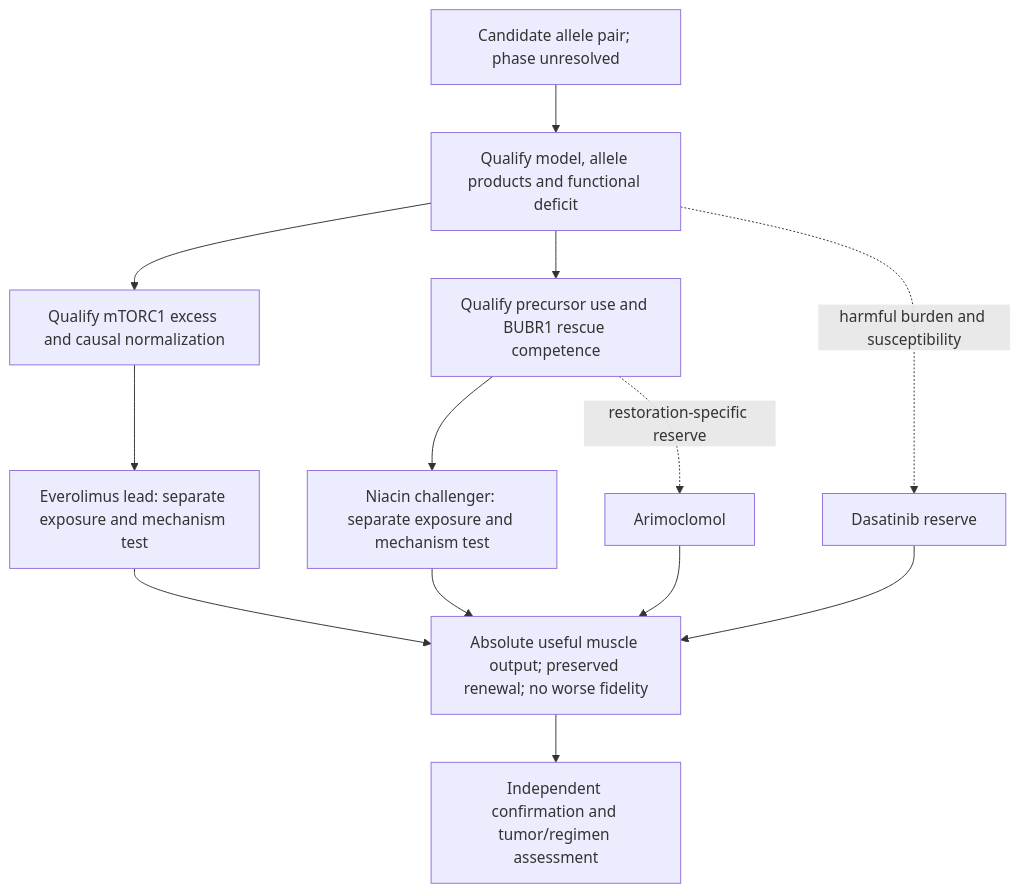
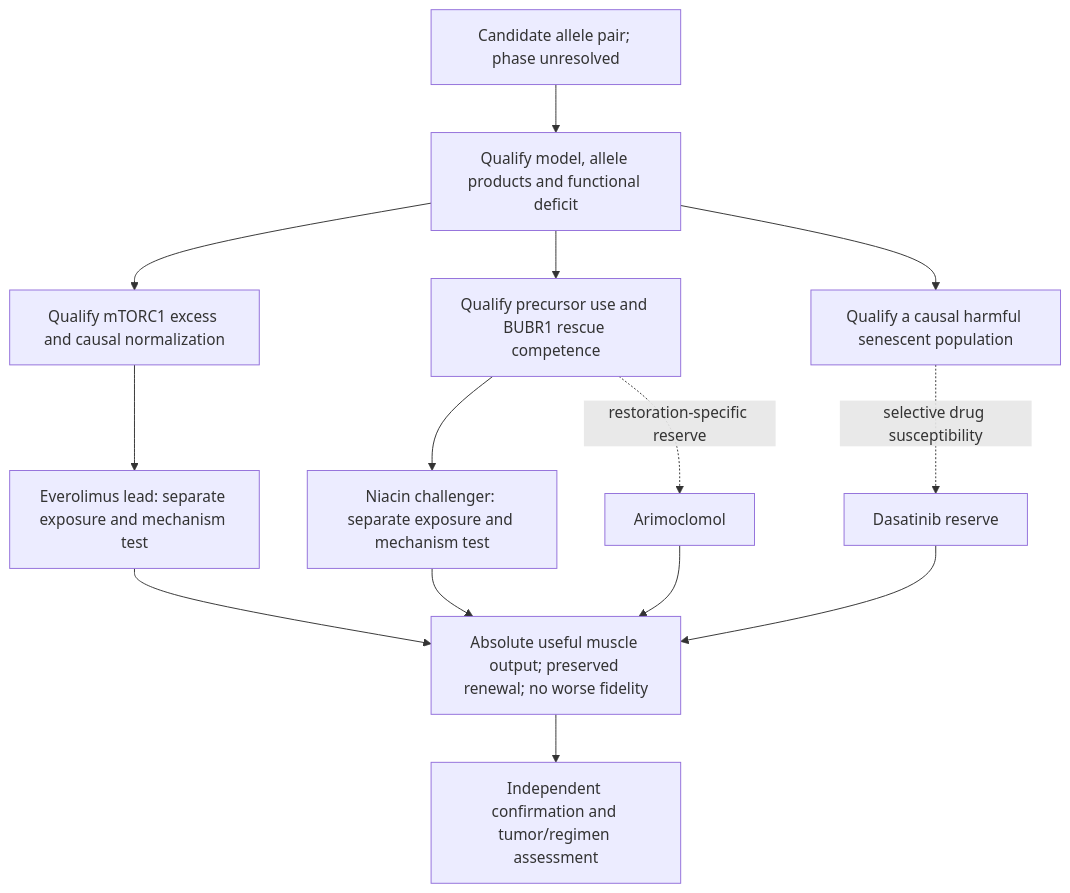
The diagram in reports/appendices/track2-evidence-pipeline.md (EternaPeptix/mva-hackathon), drawn with Mermaid before and after one commit. The commit also changed other lines of this file and 10 other files, not shown here.

````diff
--- a/reports/appendices/track2-evidence-pipeline.md
+++ b/reports/appendices/track2-evidence-pipeline.md
@@ -52,15 +54,16 @@
 ```mermaid
 flowchart TD
     G[Candidate allele pair; phase unresolved] --> A[Qualify model, allele products and functional deficit]
     A --> M[Qualify mTORC1 excess and causal normalization]
     A --> R[Qualify precursor use and BUBR1 rescue competence]
+    A --> Q[Qualify a causal harmful senescent population]
     M --> E[Everolimus lead: separate exposure and mechanism test]
     R --> N[Niacin challenger: separate exposure and mechanism test]
     E --> F[Absolute useful muscle output; preserved renewal; no worse fidelity]
     N --> F
     F --> C[Independent confirmation and tumor/regimen assessment]
     R -. restoration-specific reserve .-> H[Arimoclomol]
-    A -. harmful burden and susceptibility .-> S[Dasatinib reserve]
+    Q -. selective drug susceptibility .-> S[Dasatinib reserve]
     H --> F
     S --> F
 ```
````
